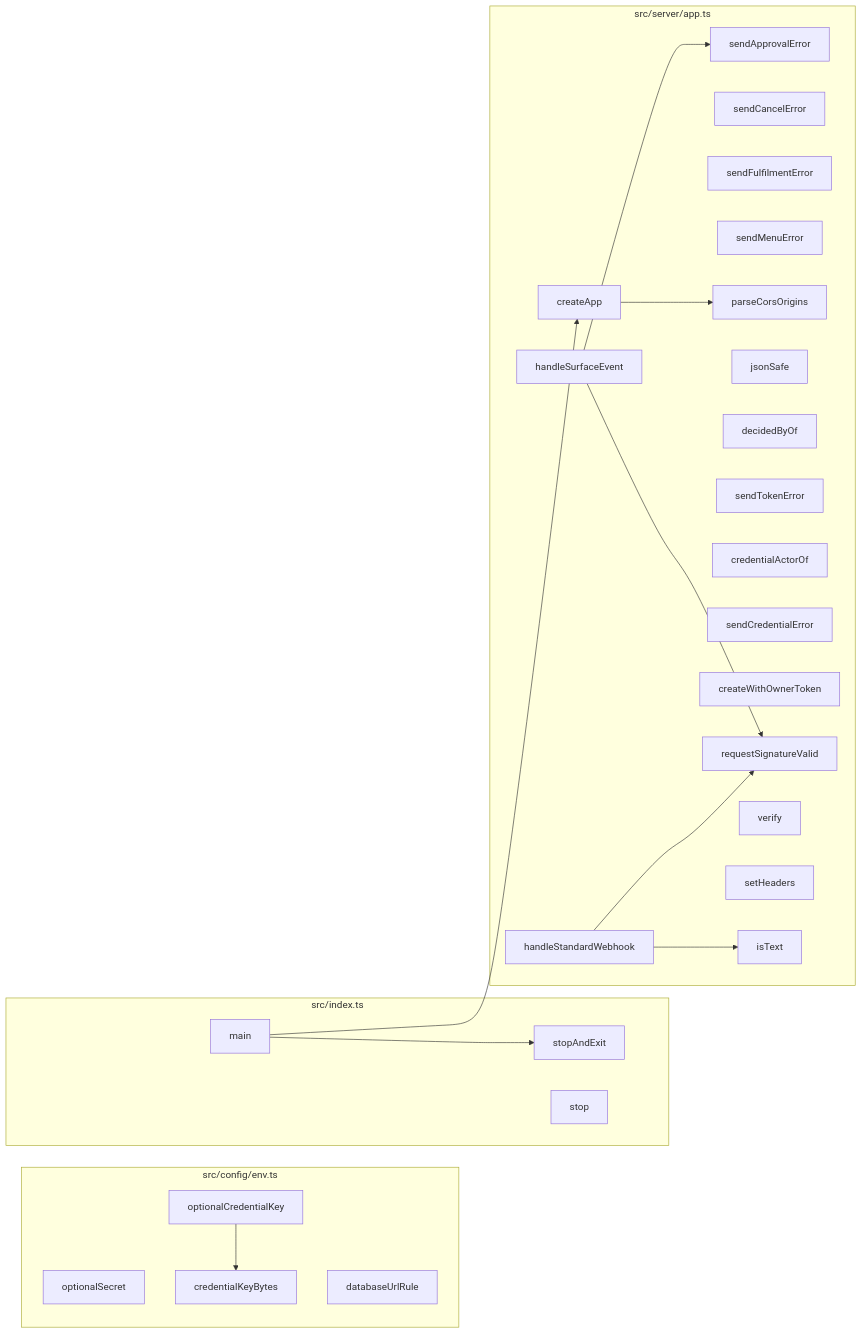
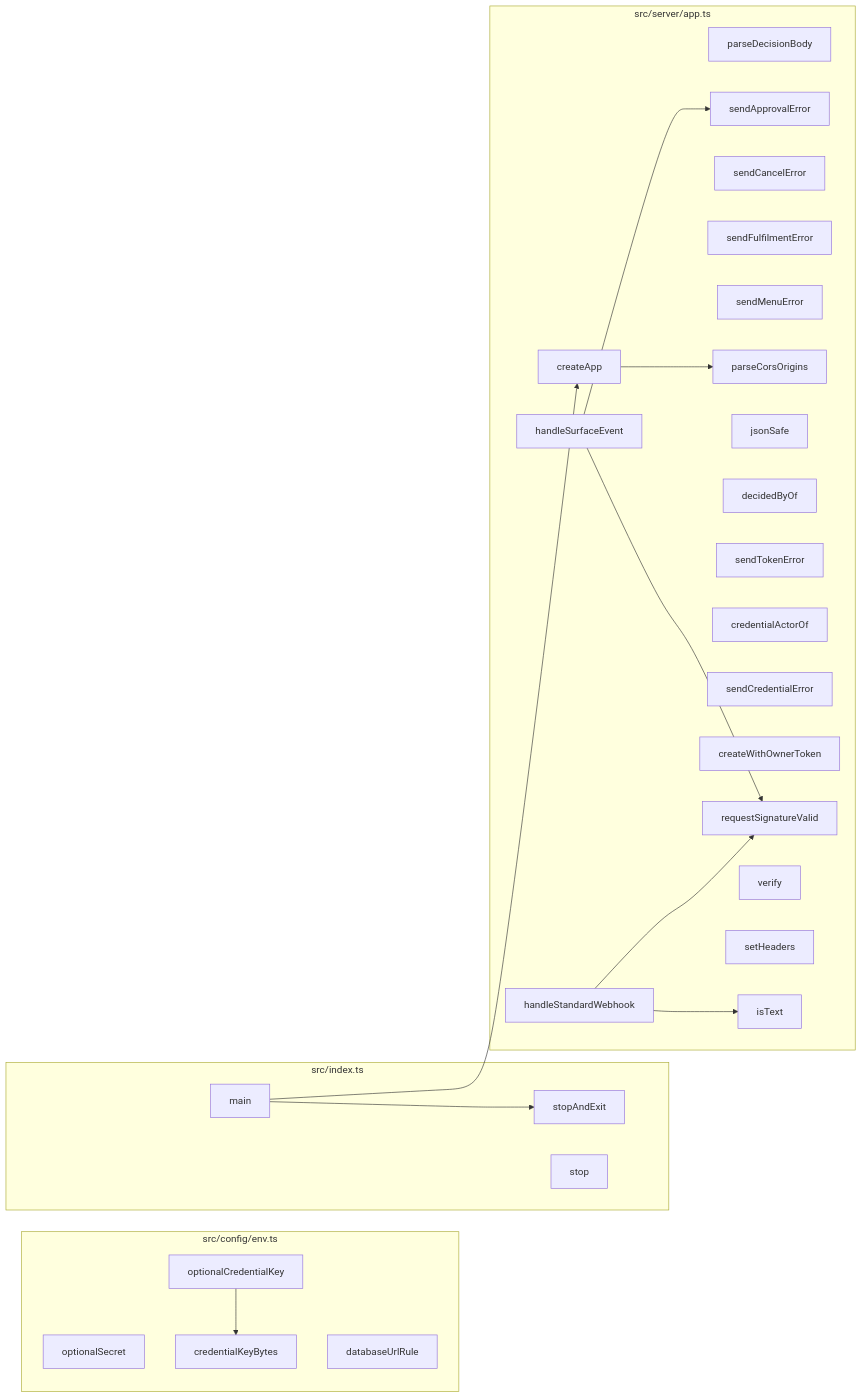
The fourth of 8 diagrams in docs/CODEBASE_MAP.md (Jaydearcadian/bind), drawn with Mermaid before and after one commit. The commit also changed other lines of this file and 12 other files, not shown here.

````diff
--- a/docs/CODEBASE_MAP.md
+++ b/docs/CODEBASE_MAP.md
@@ -270,42 +272,43 @@
 ```mermaid
 flowchart LR
   subgraph F0["src/config/env.ts"]
-    n111["optionalSecret"]
-    n112["credentialKeyBytes"]
-    n113["optionalCredentialKey"]
-    n114["databaseUrlRule"]
+    n124["optionalSecret"]
+    n125["credentialKeyBytes"]
+    n126["optionalCredentialKey"]
+    n127["databaseUrlRule"]
   end
   subgraph F1["src/index.ts"]
-    n173["stopAndExit"]
-    n174["main"]
-    n175["stop"]
+    n186["stopAndExit"]
+    n187["main"]
+    n188["stop"]
   end
   subgraph F2["src/server/app.ts"]
-    n254["sendApprovalError"]
-    n255["sendCancelError"]
-    n256["sendFulfilmentError"]
-    n257["sendMenuError"]
-    n258["parseCorsOrigins"]
-    n259["jsonSafe"]
-    n260["decidedByOf"]
-    n261["sendTokenError"]
-    n262["credentialActorOf"]
-    n263["sendCredentialError"]
-    n264["createWithOwnerToken"]
-    n265["requestSignatureValid"]
-    n266["createApp"]
-    n267["verify"]
-    n268["setHeaders"]
-    n332["handleSurfaceEvent"]
-    n333["handleStandardWebhook"]
-    n334["isText"]
+    n267["parseDecisionBody"]
+    n268["sendApprovalError"]
+    n269["sendCancelError"]
+    n270["sendFulfilmentError"]
+    n271["sendMenuError"]
+    n272["parseCorsOrigins"]
+    n273["jsonSafe"]
+    n274["decidedByOf"]
+    n275["sendTokenError"]
+    n276["credentialActorOf"]
+    n277["sendCredentialError"]
+    n278["createWithOwnerToken"]
+    n279["requestSignatureValid"]
+    n280["createApp"]
+    n281["verify"]
+    n282["setHeaders"]
+    n347["handleSurfaceEvent"]
+    n348["handleStandardWebhook"]
+    n349["isText"]
   end
-  n113 --> n112
-  n174 --> n266
-  n174 --> n173
-  n266 --> n258
-  n332 --> n265
-  n332 --> n254
-  n333 --> n265
-  n333 --> n334
+  n126 --> n125
+  n187 --> n280
+  n187 --> n186
+  n280 --> n272
+  n347 --> n279
+  n347 --> n268
+  n348 --> n279
+  n348 --> n349
 ```
````
